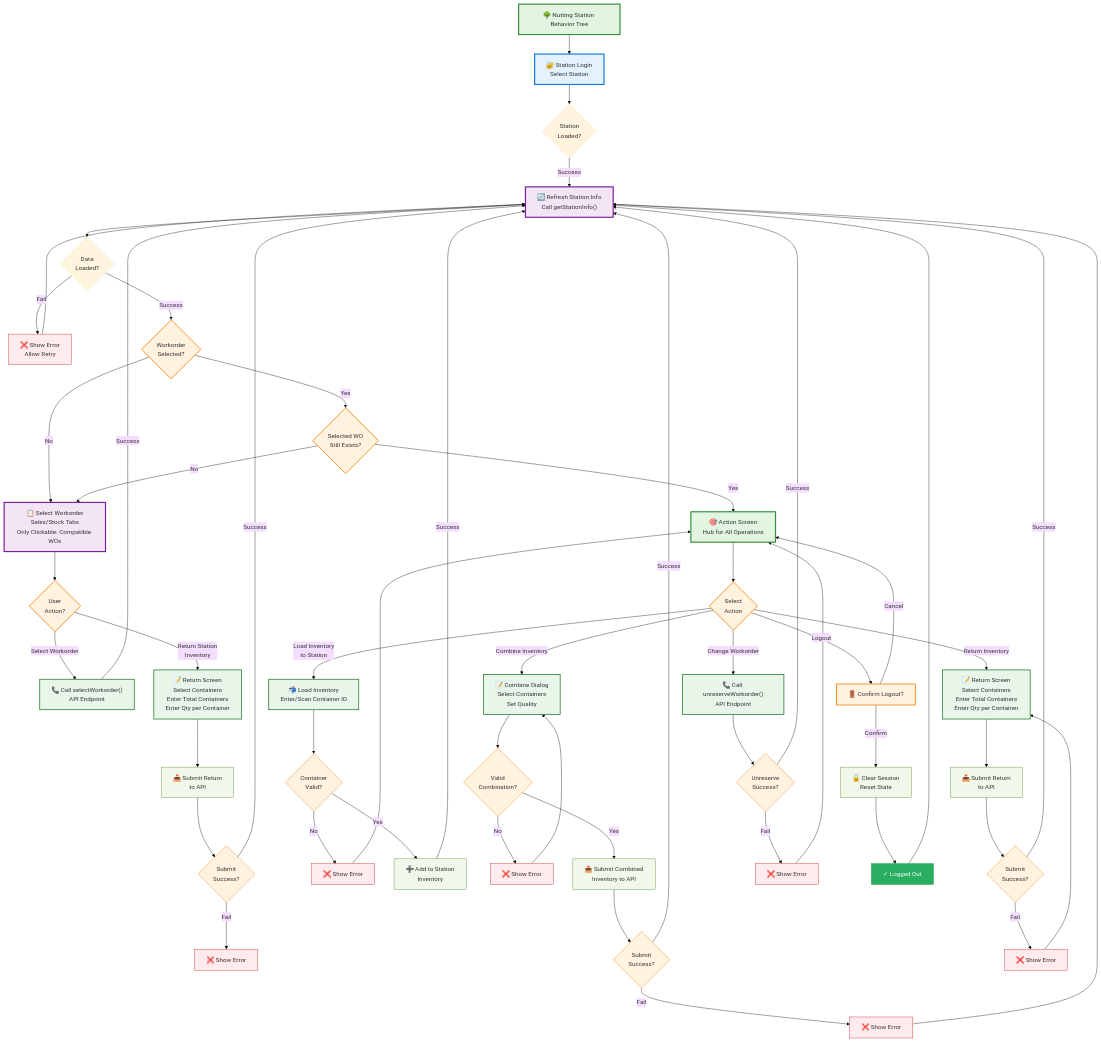
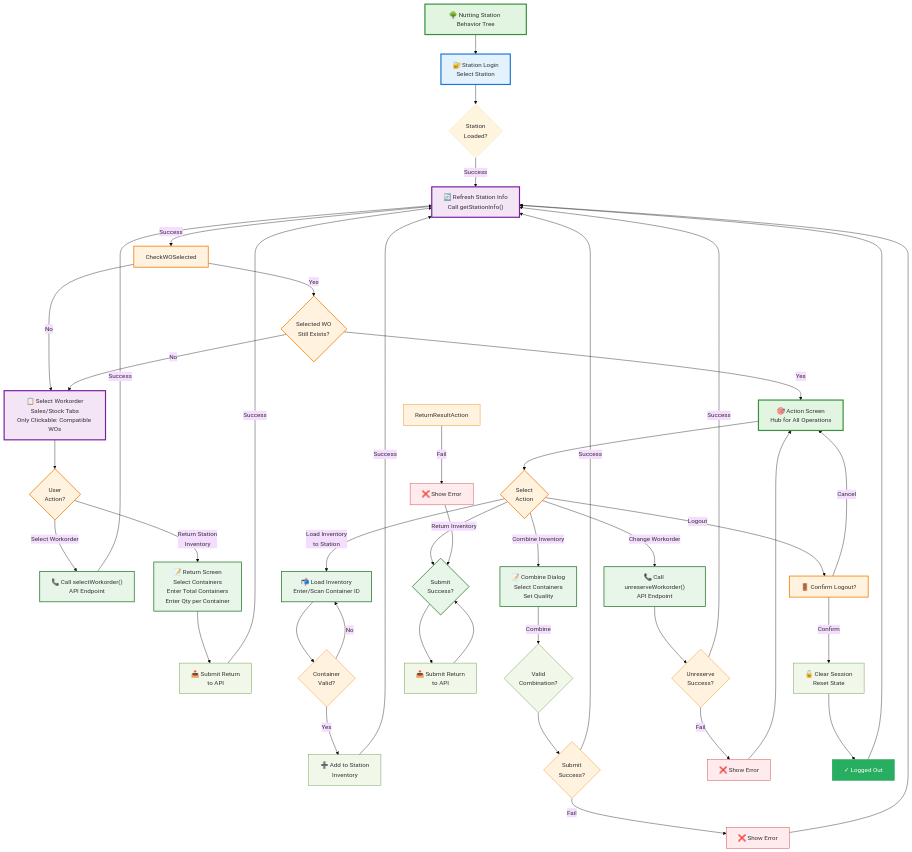
One commit to ben-mad-jlp/claude-mermaid-collab changed the diagram in diagrams/nutting-station-behavior-tree.mmd. Above: the diagram before and after it, drawn with Mermaid (base theme). The commit also changed 1 other file, not shown here.

Commit message:
feat: add mermaid validation before applying edits
- Validate diagram syntax before applying context menu edits
- Show error and reject invalid changes
- Fix context menu positioning to measure actual size
- All edit operations now validated: delete, add transition, change destination

```diff
--- a/diagrams/nutting-station-behavior-tree.mmd
+++ b/diagrams/nutting-station-behavior-tree.mmd
@@ -1,124 +1,108 @@
 graph TD
     Root["🌳 Nutting Station Behavior Tree"]
 
     %% Station Login Phase
     Root --> StationLogin["🔐 Station Login<br/>Select Station"]
     StationLogin --> LoginSuccess{Station<br/>Loaded?}
 
 
     LoginSuccess -->|Success| Refresh["🔄 Refresh Station Info<br/>Call getStationInfo()"]
-    Refresh --> RefreshSuccess{Data<br/>Loaded?}
+    Refresh -->|Success| CheckWOSelected
 
-    RefreshSuccess -->|Fail| RefreshError["❌ Show Error<br/>Allow Retry"]
-    RefreshError --> Refresh
 
-    RefreshSuccess -->|Success| CheckWOSelected{Workorder<br/>Selected?}
 
     %% Workorder Selection Phase
     CheckWOSelected -->|No| SelectWO["📋 Select Workorder<br/>Sales/Stock Tabs<br/>Only Clickable: Compatible WOs"]
     CheckWOSelected -->|Yes| CheckWOExists{Selected WO<br/>Still Exists?}
 
     CheckWOExists -->|No| SelectWO
 
     SelectWO --> WOAction{User<br/>Action?}
 
     WOAction -->|Select Workorder| CallSelectWO["📞 Call selectWorkorder()<br/>API Endpoint"]
 
 
     WOAction -->|Return Station<br/>Inventory| ReturnFromWOList["📝 Return Screen<br/>Select Containers<br/>Enter Total Containers<br/>Enter Qty per Container"]
     ReturnFromWOList --> ReturnSubmit["📥 Submit Return<br/>to API"]
-    ReturnSubmit --> ReturnResult{Submit<br/>Success?}
-    ReturnResult -->|Fail| ReturnError["❌ Show Error"]
-    ReturnResult -->|Success| Refresh
 
     ActionScreen["🎯 Action Screen<br/>Hub for All Operations"]
     CheckWOExists -->|Yes| ActionScreen
 
     %% Main Action Screen with Operation Branches
     ActionScreen --> Action{Select<br/>Action}
 
     %% Load Inventory to Station Action
     Action -->|Load Inventory<br/>to Station| LoadInventory["📬 Load Inventory<br/>Enter/Scan Container ID"]
     LoadInventory --> ValidateContainer{Container<br/>Valid?}
-    ValidateContainer -->|No| LoadError["❌ Show Error"]
-    LoadError --> ActionScreen
     ValidateContainer -->|Yes| AddToInventory["➕ Add to Station<br/>Inventory"]
+    ValidateContainer -->|No| LoadInventory
     AddToInventory -->|Success| Refresh
 
     %% Combine Inventory Action
     Action -->|Combine Inventory| CombineDialog["📝 Combine Dialog<br/>Select Containers<br/>Set Quality"]
-    CombineDialog --> CombineValidate{Valid<br/>Combination?}
-    CombineValidate -->|No| CombineError["❌ Show Error"]
-    CombineError --> CombineDialog
-    CombineValidate -->|Yes| CombineSubmit["📤 Submit Combined<br/>Inventory to API"]
+    CombineDialog -->|Combine| CombineSubmit{Valid<br/>Combination?}
     CombineSubmit --> CombineResult{Submit<br/>Success?}
     CombineResult -->|Fail| CombineFailError["❌ Show Error"]
     CombineFailError --> Refresh
     CombineResult -->|Success| Refresh
 
     %% Return Inventory Action (from Action Screen)
     Action -->|Return Inventory| ReturnFromAction["📝 Return Screen<br/>Select Containers<br/>Enter Total Containers<br/>Enter Qty per Container"]
     ReturnFromAction --> ReturnSubmitAction["📥 Submit Return<br/>to API"]
-    ReturnSubmitAction --> ReturnResultAction{Submit<br/>Success?}
+    ReturnSubmitAction --> ReturnFromAction{Submit<br/>Success?}
     ReturnResultAction -->|Fail| ReturnErrorAction["❌ Show Error"]
     ReturnErrorAction --> ReturnFromAction
-    ReturnResultAction -->|Success| Refresh
 
     %% Change Workorder Action
     Action -->|Change Workorder| CallUnreserve["📞 Call unreserveWorkorder()<br/>API Endpoint"]
     CallUnreserve --> UnreserveResult{Unreserve<br/>Success?}
     UnreserveResult -->|Fail| UnreserveError["❌ Show Error"]
     UnreserveError --> ActionScreen
     UnreserveResult -->|Success| Refresh
 
     %% Logout Action
     Action -->|Logout| LogoutConfirm["🚪 Confirm Logout?"]
     LogoutConfirm -->|Cancel| ActionScreen
     LogoutConfirm -->|Confirm| ExecuteLogout["🔓 Clear Session<br/>Reset State"]
     ExecuteLogout --> LogoutSuccess["✓ Logged Out"]
     LogoutSuccess --> Refresh
 
     %% Styling
     style Root fill:#e1f5e1,stroke:#388e3c,stroke-width:3px
     style StationLogin fill:#e3f2fd,stroke:#1976d2,stroke-width:3px
     style Refresh fill:#f3e5f5,stroke:#7b1fa2,stroke-width:3px
     style CheckWOSelected fill:#fff3e0,stroke:#f57c00,stroke-width:2px
     style CheckWOExists fill:#fff3e0,stroke:#f57c00,stroke-width:2px
     style SelectWO fill:#f3e5f5,stroke:#7b1fa2,stroke-width:3px
     style WOAction fill:#fff3e0,stroke:#f57c00,stroke-width:2px
     style CallSelectWO fill:#e8f5e9,stroke:#2e7d32,stroke-width:2px
     style ActionScreen fill:#e1f5e1,stroke:#388e3c,stroke-width:3px
     style Action fill:#fff3e0,stroke:#f57c00,stroke-width:2px
 
     style LoadInventory fill:#e8f5e9,stroke:#2e7d32,stroke-width:2px
     style ValidateContainer fill:#fff3e0,stroke:#f57c00
     style AddToInventory fill:#f1f8e9,stroke:#558b2f
-    style LoadError fill:#ffebee,stroke:#c62828
 
     style CombineDialog fill:#e8f5e9,stroke:#2e7d32,stroke-width:2px
-    style CombineValidate fill:#fff3e0,stroke:#f57c00
     style CombineSubmit fill:#f1f8e9,stroke:#558b2f
     style CombineResult fill:#fff3e0,stroke:#f57c00
-    style CombineError fill:#ffebee,stroke:#c62828
     style CombineFailError fill:#ffebee,stroke:#c62828
 
     style ReturnFromWOList fill:#e8f5e9,stroke:#2e7d32,stroke-width:2px
     style ReturnSubmit fill:#f1f8e9,stroke:#558b2f
-    style ReturnResult fill:#fff3e0,stroke:#f57c00
-    style ReturnError fill:#ffebee,stroke:#c62828
 
     style ReturnFromAction fill:#e8f5e9,stroke:#2e7d32,stroke-width:2px
     style ReturnSubmitAction fill:#f1f8e9,stroke:#558b2f
     style ReturnResultAction fill:#fff3e0,stroke:#f57c00
     style ReturnErrorAction fill:#ffebee,stroke:#c62828
 
     style CallUnreserve fill:#e8f5e9,stroke:#2e7d32,stroke-width:2px
     style UnreserveResult fill:#fff3e0,stroke:#f57c00
     style UnreserveError fill:#ffebee,stroke:#c62828
 
     style LogoutConfirm fill:#fff3e0,stroke:#f57c00,stroke-width:2px
     style ExecuteLogout fill:#f1f8e9,stroke:#558b2f
     style LogoutSuccess fill:#27ae60,stroke:#229954,color:#fff
 
-    style RefreshError fill:#ffebee,stroke:#c62828
     CallSelectWO -->|Success| Refresh
+    ReturnSubmit -->|Success| Refresh
```
